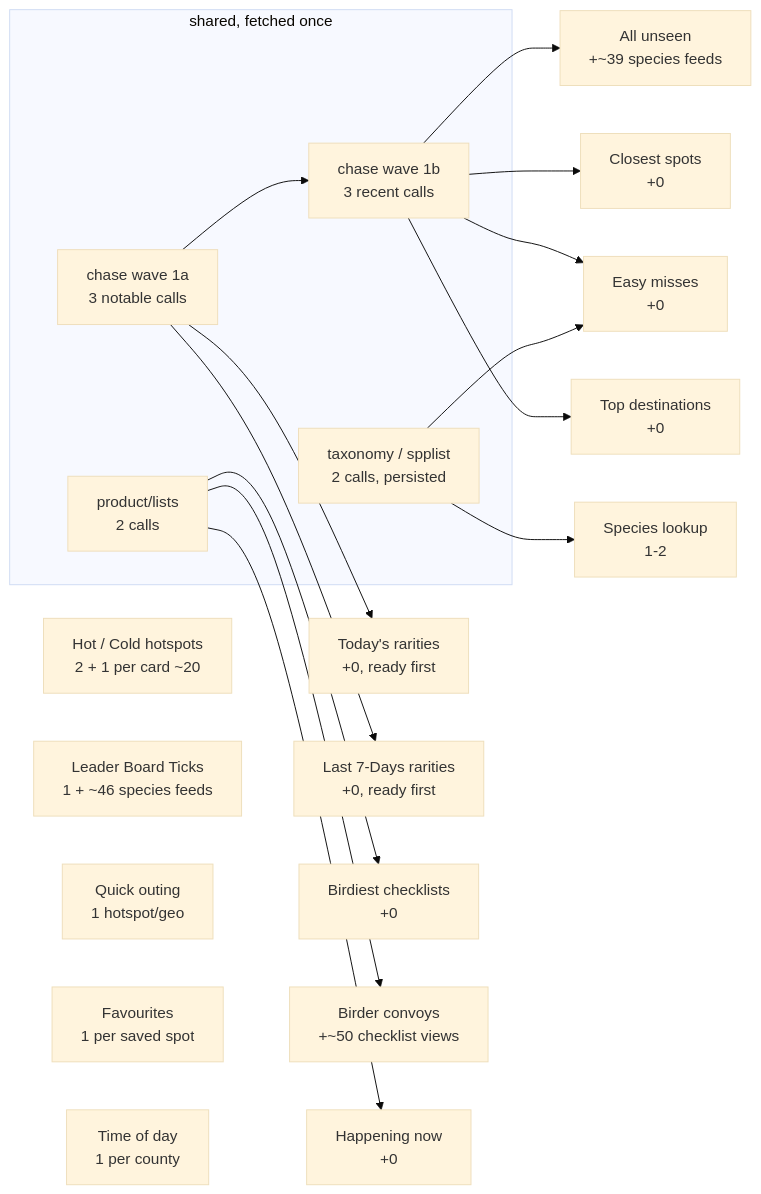
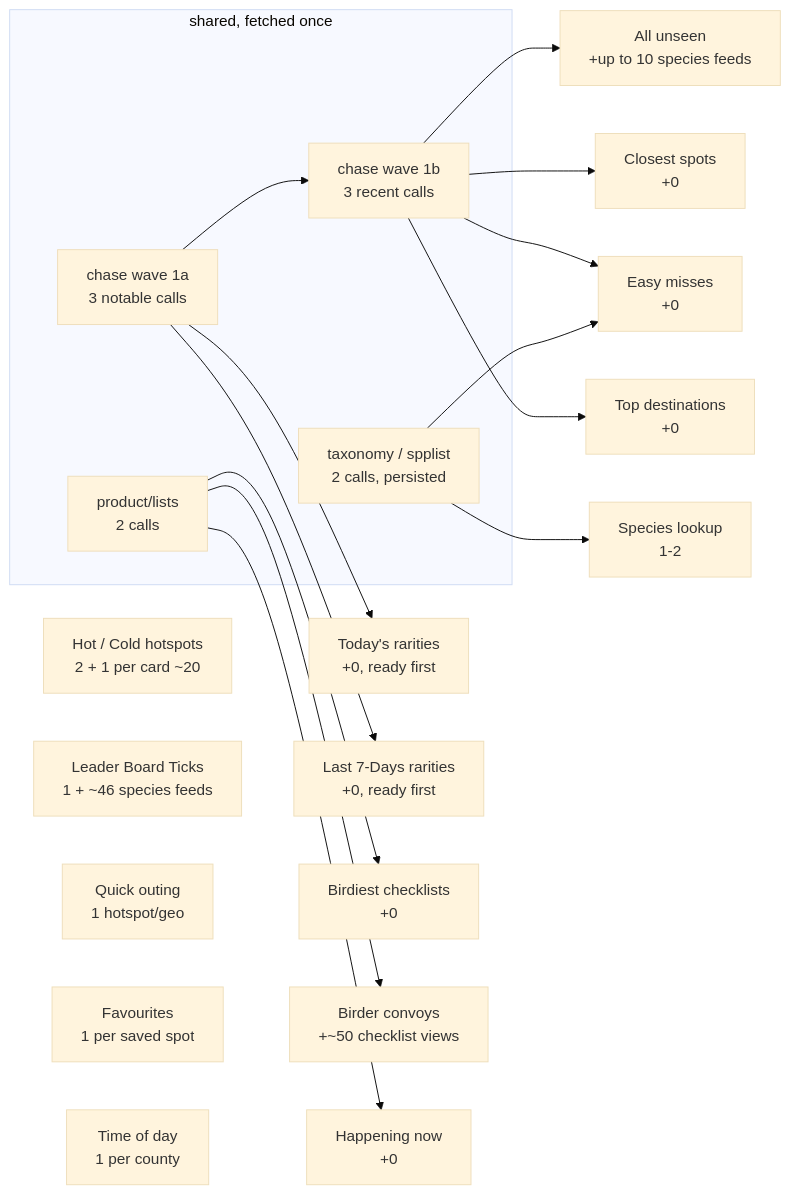
The diagram in docs/API-CALLS.md (WyattHoutz/birding-app), drawn with Mermaid (base theme) before and after one commit. The commit also changed other lines of this file and 4 other files, not shown here.

````diff
--- a/docs/API-CALLS.md
+++ b/docs/API-CALLS.md
@@ -56,31 +56,31 @@
 ```mermaid
 graph LR
   subgraph SHARED["shared, fetched once"]
     W1["chase wave 1a<br/>3 notable calls"]
     W2["chase wave 1b<br/>3 recent calls"]
     L["product/lists<br/>2 calls"]
     T["taxonomy / spplist<br/>2 calls, persisted"]
   end
 
   W1 --> TODAY["Today's rarities<br/>+0, ready first"]
   W1 --> RARE["Last 7-Days rarities<br/>+0, ready first"]
   W1 --> W2
-  W2 --> UNSEEN["All unseen<br/>+~39 species feeds"]
+  W2 --> UNSEEN["All unseen<br/>+up to 10 species feeds"]
   W2 --> CLOSEST["Closest spots<br/>+0"]
   W2 --> EASY["Easy misses<br/>+0"]
   W2 --> DEST["Top destinations<br/>+0"]
 
   L --> BIRD["Birdiest checklists<br/>+0"]
   L --> CONV["Birder convoys<br/>+~50 checklist views"]
   L --> NOW["Happening now<br/>+0"]
 
   HOT["Hot / Cold hotspots<br/>2 + 1 per card ~20"]
   TICKS["Leader Board Ticks<br/>1 + ~46 species feeds"]
   QUICK["Quick outing<br/>1 hotspot/geo"]
   LOOK["Species lookup<br/>1-2"]
   FAV["Favourites<br/>1 per saved spot"]
   TOD["Time of day<br/>1 per county"]
 
   T --> LOOK
   T --> EASY
 ```
````
